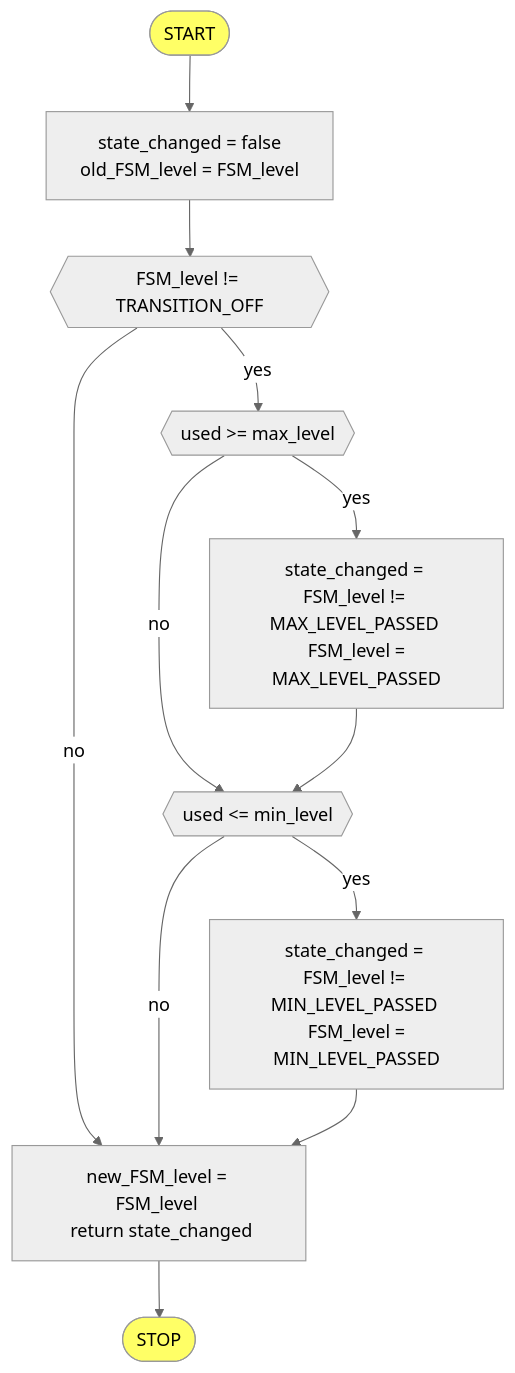
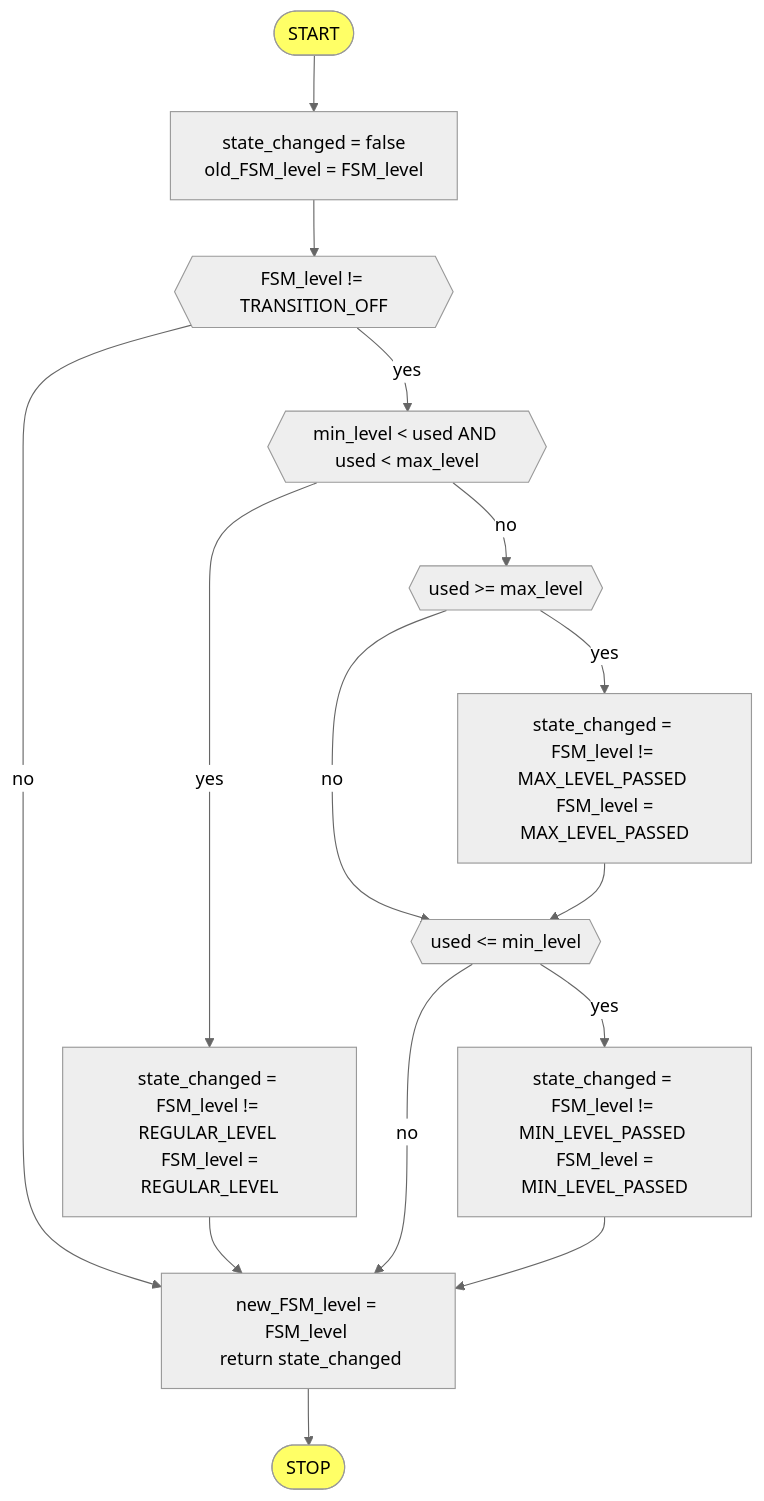
One commit to GinoBogo/gUIO changed the fifth of 5 diagrams in uml/GArrayRoller.md. Above: the diagram before and after it, drawn with Mermaid (neutral theme). The commit also changed 4 other files, not shown here.

Commit message:
Solved the "REGULAR_LEVEL" FSM state WARNING.

````diff
--- a/uml/GArrayRoller.md
+++ b/uml/GArrayRoller.md
@@ -162,30 +162,36 @@
 ```mermaid
 flowchart TB
 
 style start fill:#FF6
 style stop  fill:#FF6
 
 start(["START"]) --> N1
 
 N1["state_changed = false \n old_FSM_level = FSM_level"] --> N2
 
 N2{{"FSM_level != TRANSITION_OFF"}}
-N2 -- yes --> N3
+N2 -- yes --> A1
 N2 -- no  --> N7
+
+A1{{"min_level < used AND used < max_level"}}
+A1 -- yes --> A2
+A1 -- no  --> N3
+
+A2["state_changed = FSM_level != REGULAR_LEVEL \n FSM_level = REGULAR_LEVEL"] --> N7
 
 N3{{"used >= max_level"}}
 N3 -- yes --> N4
 N3 -- no  --> N5
 
 N4["state_changed = FSM_level != MAX_LEVEL_PASSED" \n FSM_level = MAX_LEVEL_PASSED] --> N5
 
 N5{{"used <= min_level"}}
 N5 -- yes --> N6
 N5 -- no  --> N7
 
 N6["state_changed = FSM_level != MIN_LEVEL_PASSED" \n FSM_level = MIN_LEVEL_PASSED] --> N7
 
 N7["new_FSM_level = FSM_level \n return state_changed"] --> stop
 
 stop(["STOP"])
 ```
````
